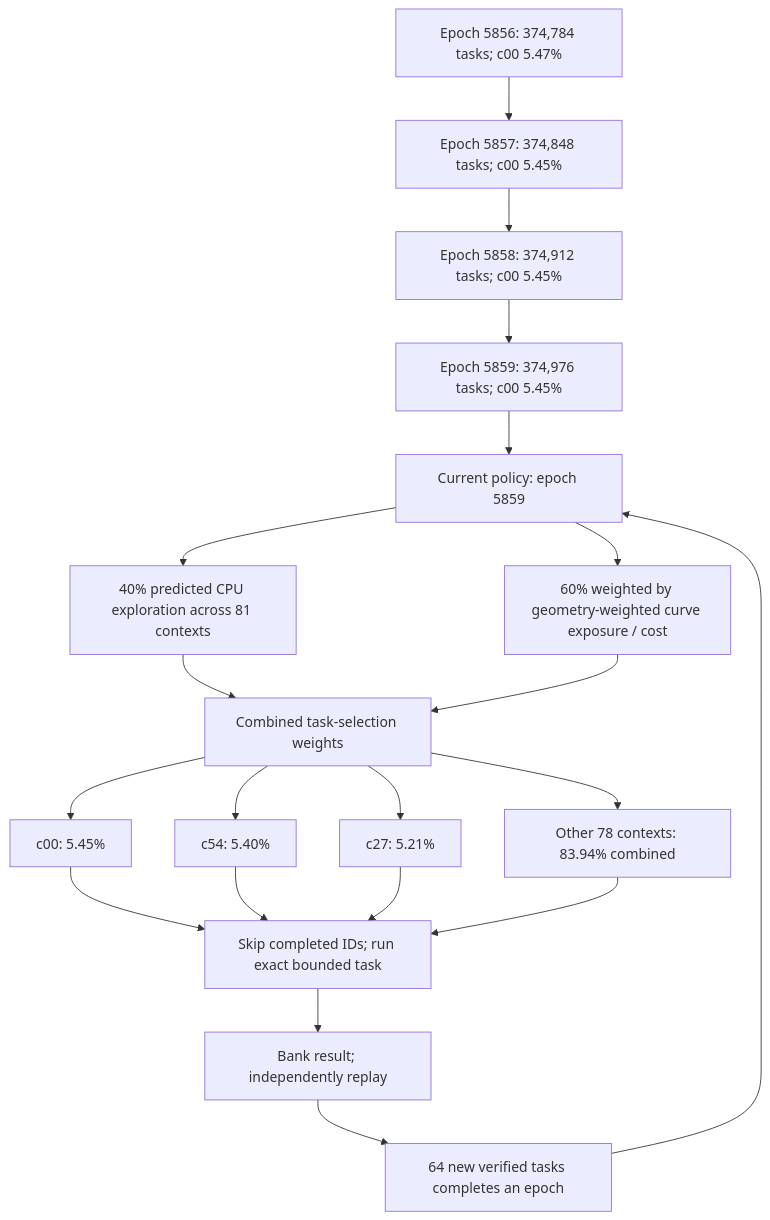
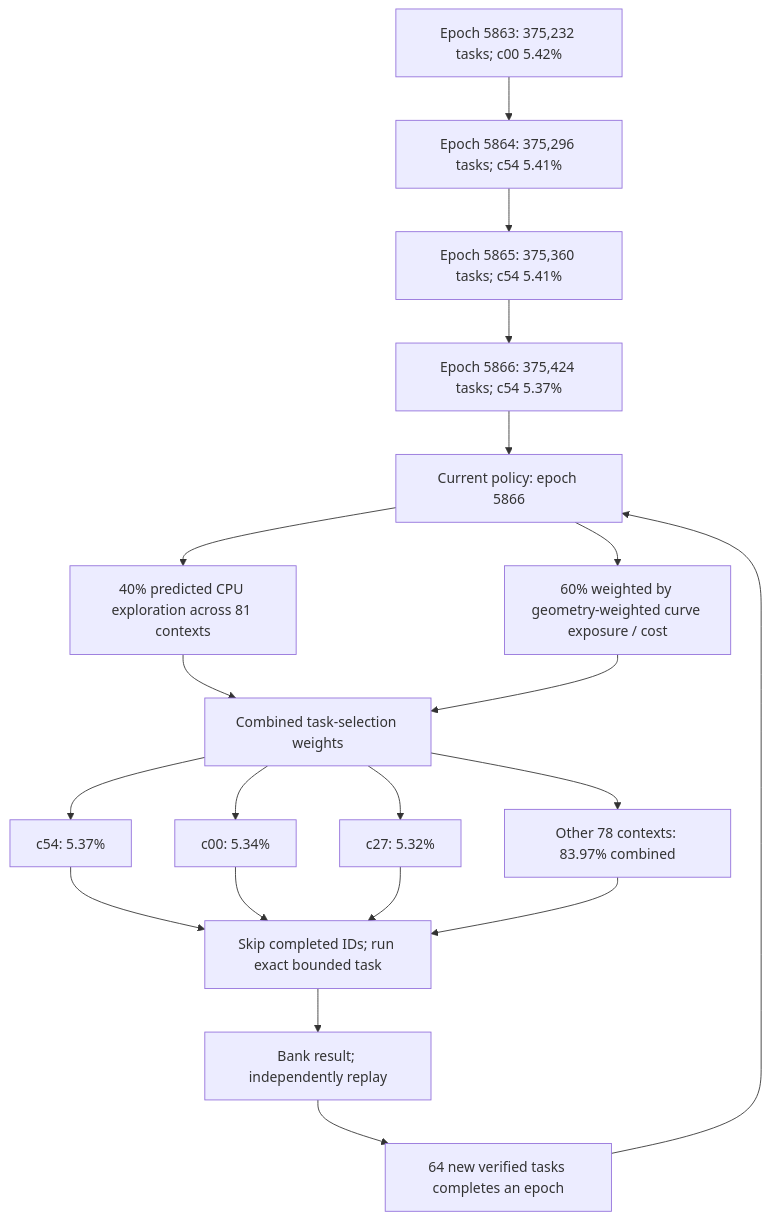
The first of 3 diagrams in README.md (Kuberwastaken/math-gambling), drawn with Mermaid before and after one commit. The commit also changed other lines of this file and 1996 other files, not shown here.

````diff
--- a/README.md
+++ b/README.md
@@ -60,27 +60,27 @@
 ```mermaid
 flowchart TD
-    H0["Epoch 5856: 374,784 tasks; c00 5.47%"]
-    H1["Epoch 5857: 374,848 tasks; c00 5.45%"]
+    H0["Epoch 5863: 375,232 tasks; c00 5.42%"]
+    H1["Epoch 5864: 375,296 tasks; c54 5.41%"]
     H0 --> H1
-    H2["Epoch 5858: 374,912 tasks; c00 5.45%"]
+    H2["Epoch 5865: 375,360 tasks; c54 5.41%"]
     H1 --> H2
-    H3["Epoch 5859: 374,976 tasks; c00 5.45%"]
+    H3["Epoch 5866: 375,424 tasks; c54 5.37%"]
     H2 --> H3
-    Policy["Current policy: epoch 5859"]
+    Policy["Current policy: epoch 5866"]
     H3 --> Policy
     Policy --> Explore["40% predicted CPU exploration across 81 contexts"]
     Policy --> Cost["60% weighted by geometry-weighted curve exposure / cost"]
     Explore --> Mix["Combined task-selection weights"]
     Cost --> Mix
-    Mix --> C0["c00: 5.45%"]
-    Mix --> C1["c54: 5.40%"]
-    Mix --> C2["c27: 5.21%"]
-    Mix --> Rest["Other 78 contexts: 83.94% combined"]
+    Mix --> C0["c54: 5.37%"]
+    Mix --> C1["c00: 5.34%"]
+    Mix --> C2["c27: 5.32%"]
+    Mix --> Rest["Other 78 contexts: 83.97% combined"]
     C0 --> Check["Skip completed IDs; run exact bounded task"]
     C1 --> Check
     C2 --> Check
     Rest --> Check
     Check --> Replay["Bank result; independently replay"]
     Replay --> Gate["64 new verified tasks completes an epoch"]
     Gate --> Policy
 ```
````
